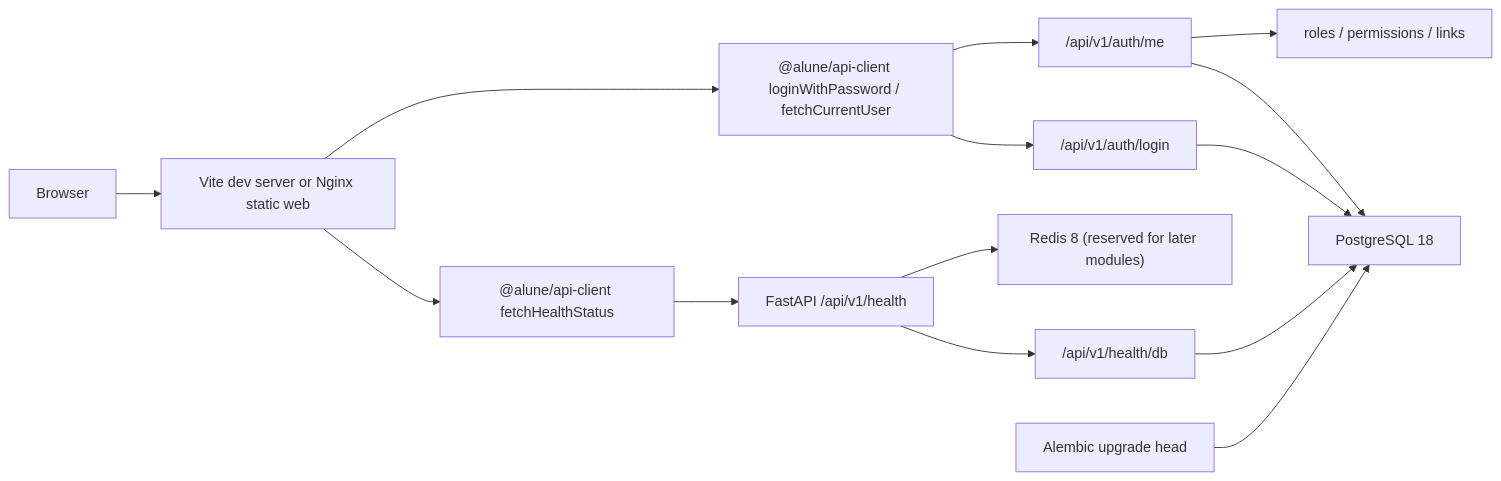
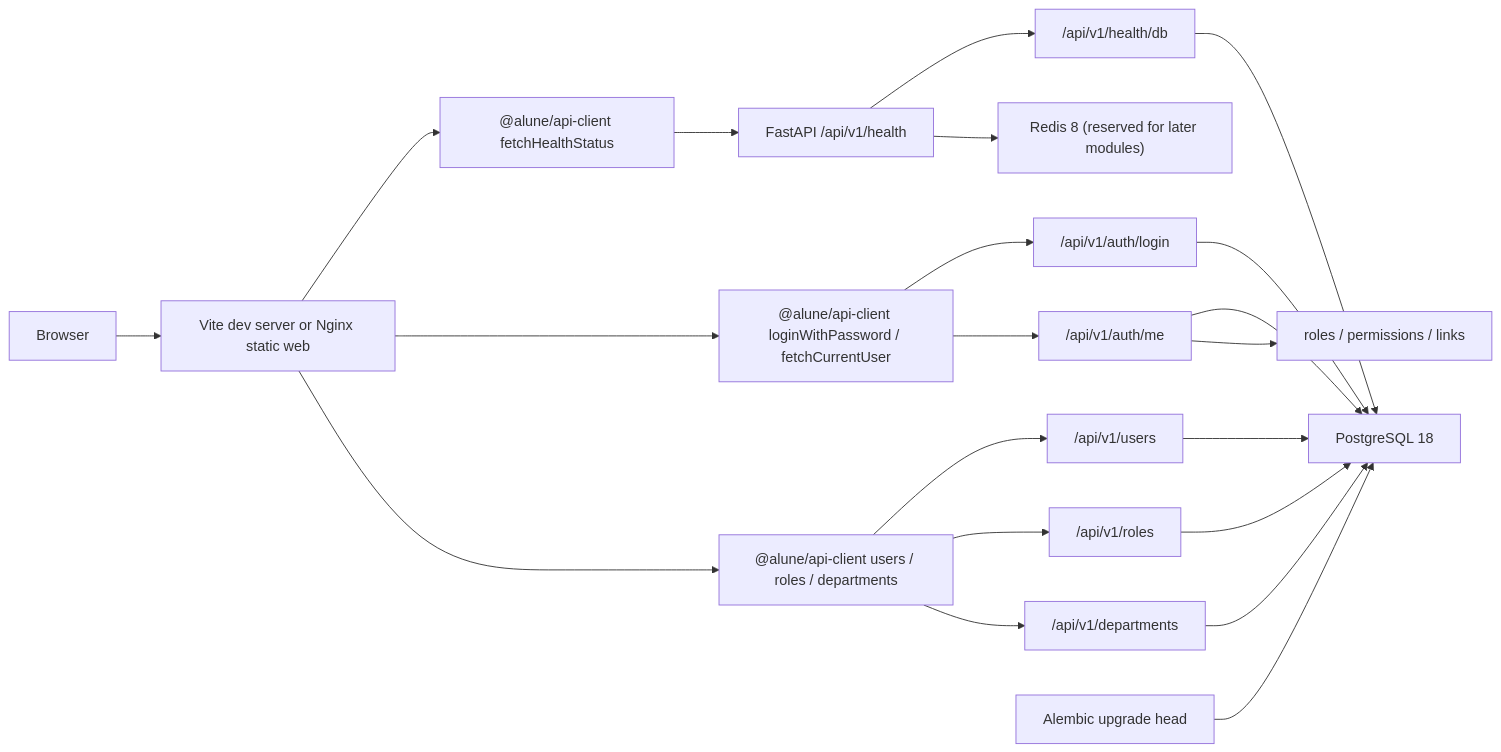
One commit to alune1212/alune changed the diagram in docs/architecture.md. Above: the diagram before and after it, drawn with Mermaid. The commit also changed other lines of this file and 49 other files, not shown here.

````diff
--- a/docs/architecture.md
+++ b/docs/architecture.md
@@ -68,16 +71,23 @@
 ```mermaid
 flowchart LR
   Browser["Browser"] --> Web["Vite dev server or Nginx static web"]
   Web --> HealthClient["@alune/api-client fetchHealthStatus"]
   Web --> AuthClient["@alune/api-client loginWithPassword / fetchCurrentUser"]
+  Web --> InternalClient["@alune/api-client users / roles / departments"]
   HealthClient --> API["FastAPI /api/v1/health"]
   AuthClient --> Login["/api/v1/auth/login"]
   AuthClient --> Me["/api/v1/auth/me"]
+  InternalClient --> Users["/api/v1/users"]
+  InternalClient --> Roles["/api/v1/roles"]
+  InternalClient --> Departments["/api/v1/departments"]
   API --> DBCheck["/api/v1/health/db"]
   DBCheck --> Postgres["PostgreSQL 18"]
   Login --> Postgres
   Me --> Postgres
   Me --> Permissions["roles / permissions / links"]
+  Users --> Postgres
+  Roles --> Postgres
+  Departments --> Postgres
   API --> Redis["Redis 8 (reserved for later modules)"]
   Alembic["Alembic upgrade head"] --> Postgres
 ```
````
